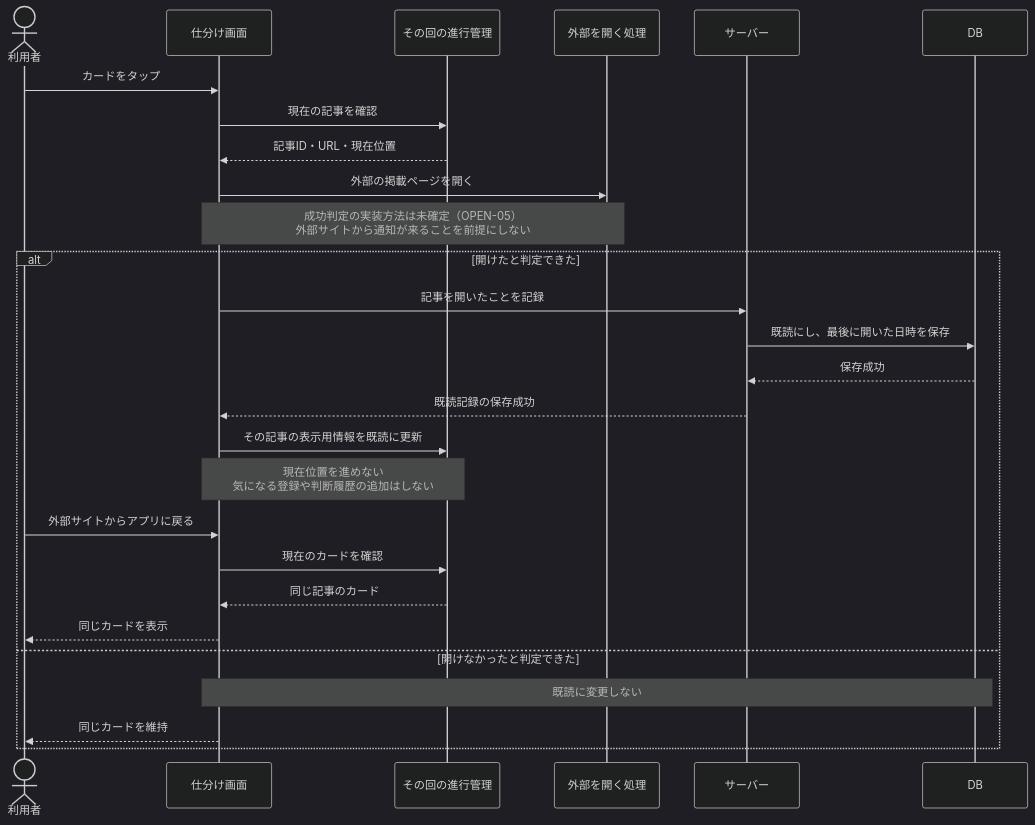
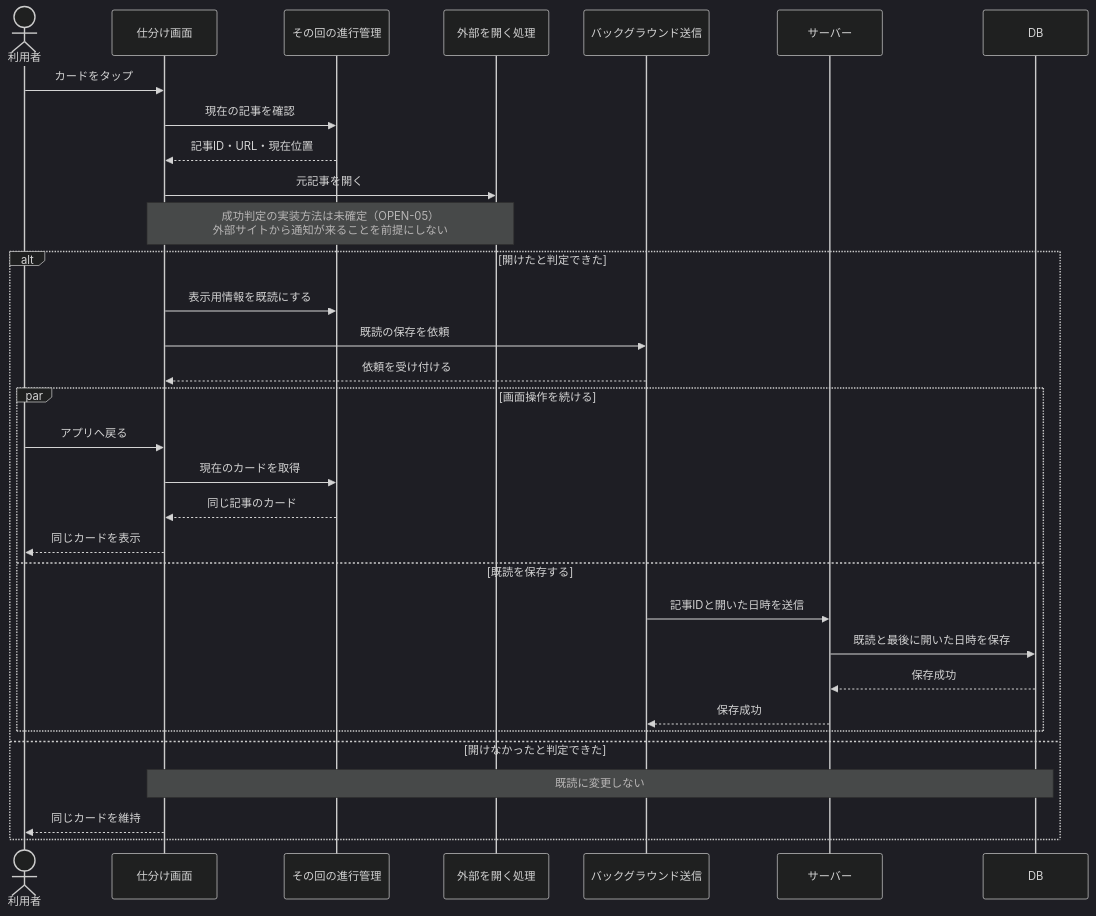
One commit to BeppuKanato/it-discovery changed the fifth of 5 diagrams in docs/sequences.md. Above: the diagram before and after it, drawn with Mermaid (dark theme). The commit also changed other lines of this file and 3 other files, not shown here.

````diff
--- a/docs/sequences.md
+++ b/docs/sequences.md
@@ -171,31 +206,36 @@
 ```mermaid
 sequenceDiagram
     actor User as 利用者
     participant View as 仕分け画面
     participant Session as その回の進行管理
     participant Open as 外部を開く処理
+    participant Background as バックグラウンド送信
     participant Server as サーバー
     participant DB as DB
 
     User->>View: カードをタップ
     View->>Session: 現在の記事を確認
     Session-->>View: 記事ID・URL・現在位置
-    View->>Open: 外部の掲載ページを開く
+    View->>Open: 元記事を開く
     Note over View,Open: 成功判定の実装方法は未確定（OPEN-05）<br/>外部サイトから通知が来ることを前提にしない
 
     alt 開けたと判定できた
-        View->>Server: 記事を開いたことを記録
-        Server->>DB: 既読にし、最後に開いた日時を保存
-        DB-->>Server: 保存成功
-        Server-->>View: 既読記録の保存成功
-        View->>Session: その記事の表示用情報を既読に更新
-        Note over View,Session: 現在位置を進めない<br/>気になる登録や判断履歴の追加はしない
-        User->>View: 外部サイトからアプリに戻る
-        View->>Session: 現在のカードを確認
-        Session-->>View: 同じ記事のカード
-        View-->>User: 同じカードを表示
+        View->>Session: 表示用情報を既読にする
+        View->>Background: 既読の保存を依頼
+        Background-->>View: 依頼を受け付ける
+        par 画面操作を続ける
+            User->>View: アプリへ戻る
+            View->>Session: 現在のカードを取得
+            Session-->>View: 同じ記事のカード
+            View-->>User: 同じカードを表示
+        and 既読を保存する
+            Background->>Server: 記事IDと開いた日時を送信
+            Server->>DB: 既読と最後に開いた日時を保存
+            DB-->>Server: 保存成功
+            Server-->>Background: 保存成功
+        end
     else 開けなかったと判定できた
         Note over View,DB: 既読に変更しない
         View-->>User: 同じカードを維持
     end
 ```
````
